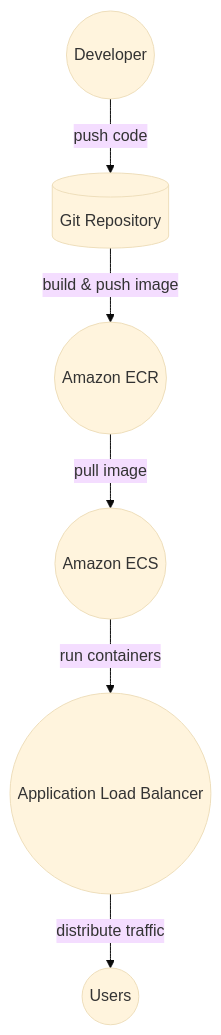
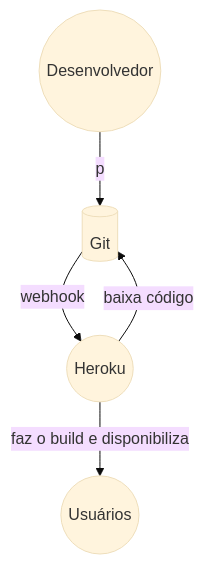
Before and after one commit to leonardopires/tech-challenge-ia: the diagram in README.md, drawn with Mermaid (base theme). The commit also changed other lines of this file, not shown here.

Commit message:
Atualizando README para o deploy no Heroku

````diff
--- a/README.md
+++ b/README.md
@@ -149,15 +148,12 @@
 ```mermaid
 graph TD
-    Developer((Developer))
-    GitRepo[(Git Repository)]
-    ECR((Amazon ECR))
-    ECS((Amazon ECS))
-    ALB((Application Load Balancer))
-    Users((Users))
+    Dev((Desenvolvedor))
+    Git[(Git)]
+    Heroku((Heroku))
+    Usuarios((Usuários))
     
-    Developer -->|push code| GitRepo
-    GitRepo -->|build & push image| ECR
-    ECR -->|pull image| ECS
-    ECS -->|run containers| ALB
-    ALB -->|distribute traffic| Users
+    Dev -->|p| Git
+    Git -->|webhook| Heroku
+    Heroku -->|baixa código| Git
+    Heroku -->|faz o build e disponibiliza| Usuarios
 ```
````
